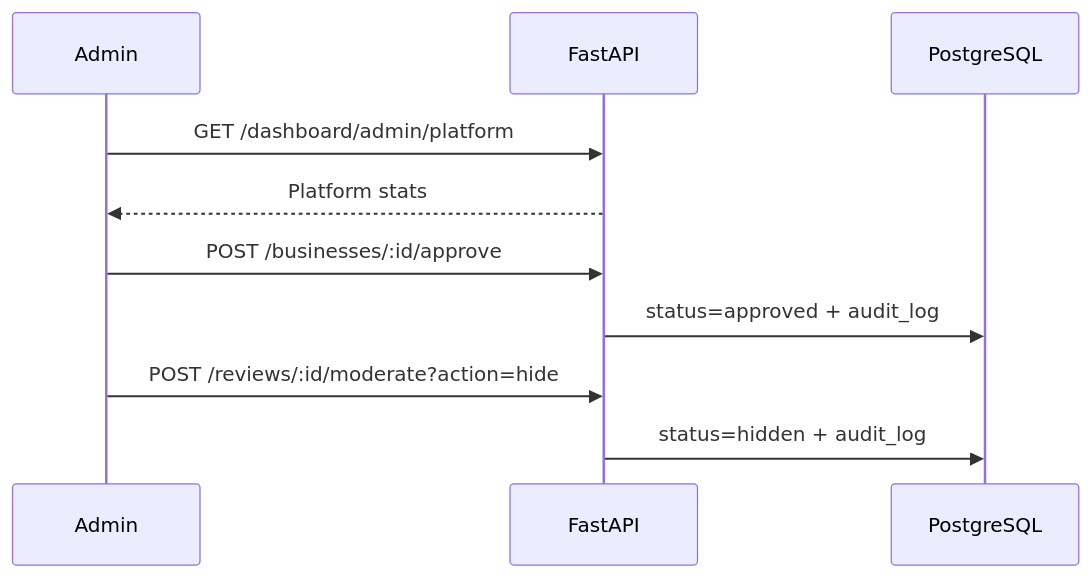
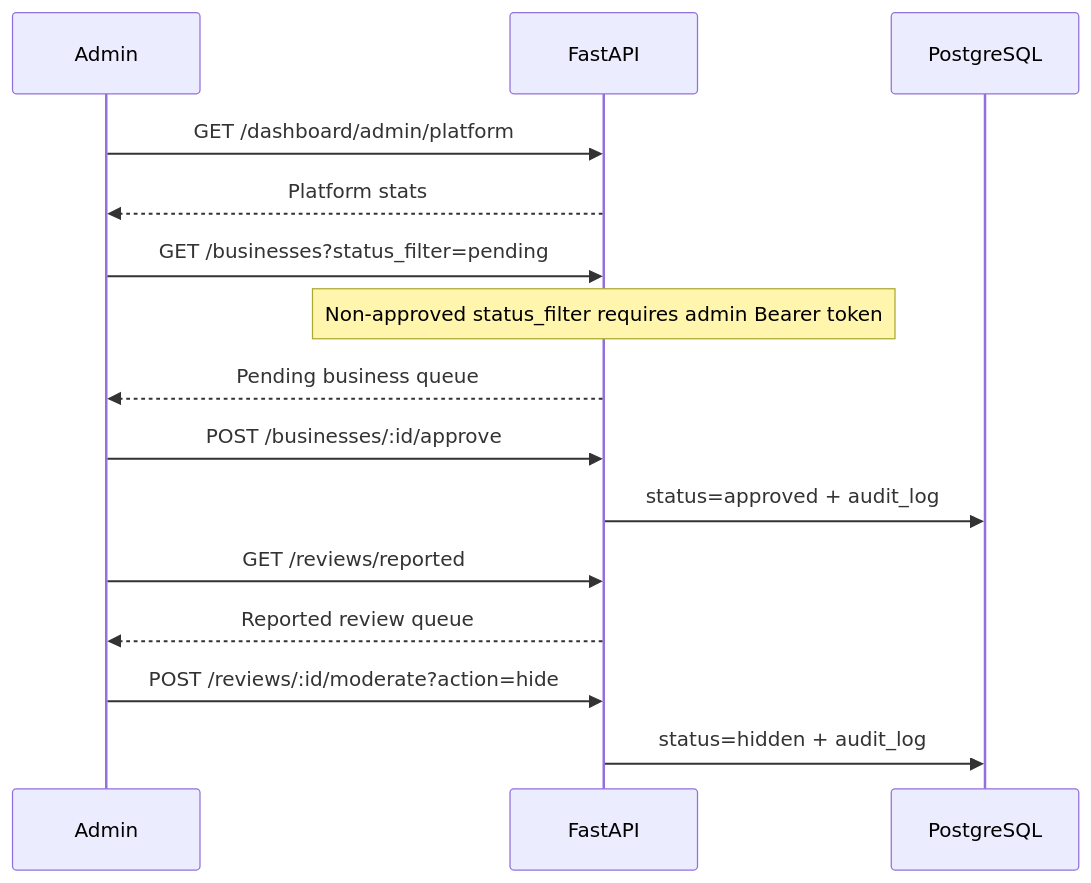
One commit to krishnaviswa/MEngPlat changed diagram 13 of 16 in README.md. Above: the diagram before and after it, drawn with Mermaid. The commit also changed other lines of this file and 25 other files, not shown here.

First line of the commit message:
Enhance business and review management features

````diff
--- a/README.md
+++ b/README.md
@@ -660,15 +691,22 @@
 ```mermaid
 sequenceDiagram
     participant A as Admin
     participant API as FastAPI
     participant DB as PostgreSQL
 
     A->>API: GET /dashboard/admin/platform
     API-->>A: Platform stats
 
+    A->>API: GET /businesses?status_filter=pending
+    Note over API: Non-approved status_filter requires admin Bearer token
+    API-->>A: Pending business queue
+
     A->>API: POST /businesses/:id/approve
     API->>DB: status=approved + audit_log
+
+    A->>API: GET /reviews/reported
+    API-->>A: Reported review queue
 
     A->>API: POST /reviews/:id/moderate?action=hide
     API->>DB: status=hidden + audit_log
 ```
````
